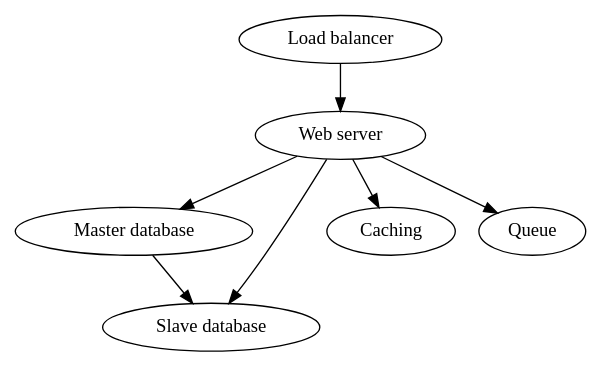
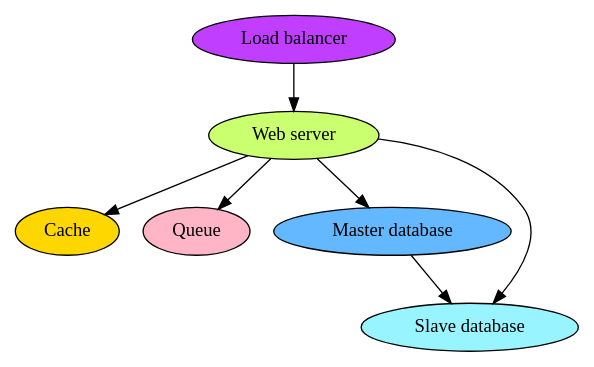
One commit to jonathanslenders/python-deployer changed the first of 4 diagrams in docs/pages/architecture_of_roles_and_nodes.rst. Above: the diagram before and after it, drawn with Graphviz. The commit also changed other lines of this file, not shown here.

Commit message:
colours and typo fixes in graphs.

```diff
--- a/docs/pages/architecture_of_roles_and_nodes.rst
+++ b/docs/pages/architecture_of_roles_and_nodes.rst
@@ -14,10 +14,17 @@
 .. graphviz::
 
    digraph web_components {
+       "Load balancer" [style=filled, fillcolor=darkorchid1];
+       "Web server" [style=filled, fillcolor=darkolivegreen1];
+       "Cache" [style=filled, fillcolor=gold1];
+       "Queue" [style=filled, fillcolor=pink1];
+       "Master database" [style=filled, fillcolor=steelblue1];
+       "Slave database" [style=filled, fillcolor=cadetblue1];
+
        "Load balancer" -> "Web server";
        "Web server" -> "Master database";
        "Web server" -> "Slave database";
-       "Web server" -> "Caching";
+       "Web server" -> "Cache";
        "Web server" -> "Queue";
        "Master database" -> "Slave database";
    }
```
